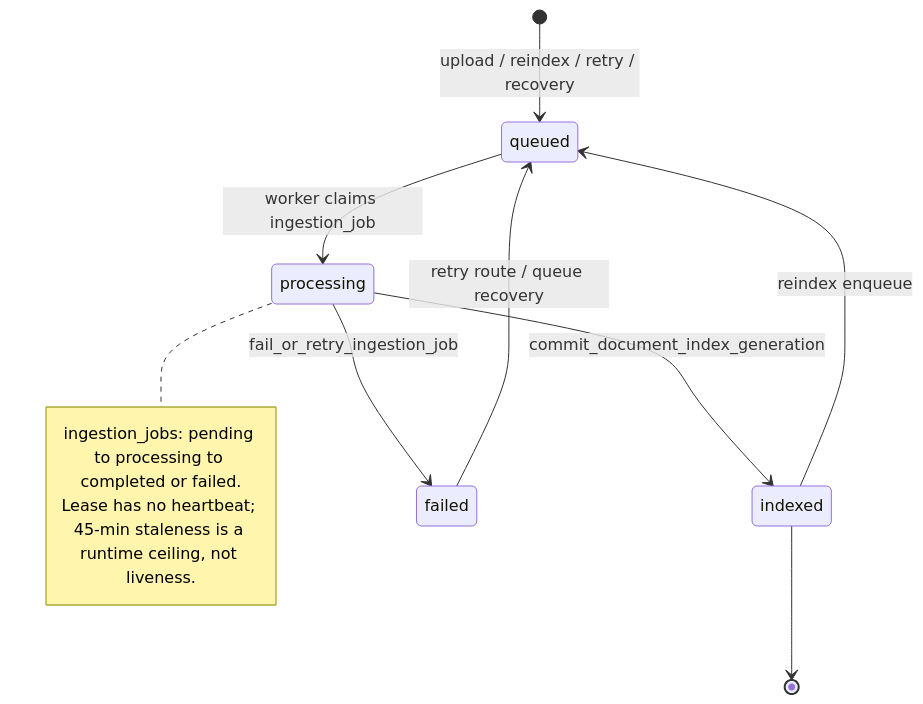
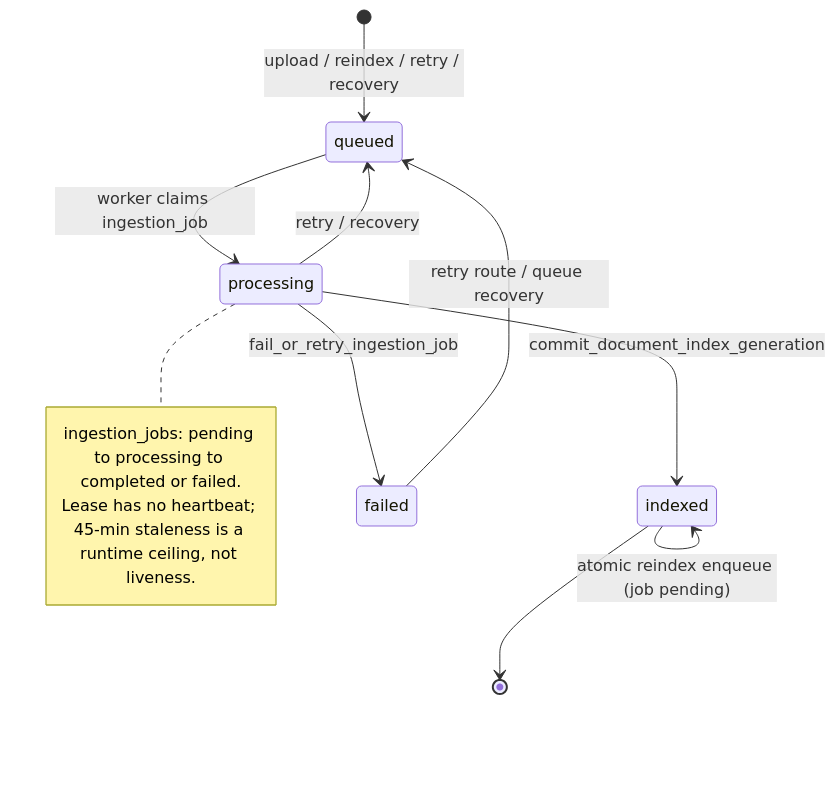
The diagram in docs/ingestion-state-machine.md (BigSimmo/Database), drawn with Mermaid before and after one commit.

Commit message:
Update docs/ingestion-state-machine.md
ok

````diff
--- a/docs/ingestion-state-machine.md
+++ b/docs/ingestion-state-machine.md
@@ -29,15 +29,16 @@
 ```mermaid
 stateDiagram-v2
     [*] --> queued: upload / reindex / retry / recovery
     queued --> processing: worker claims ingestion_job
     processing --> indexed: commit_document_index_generation
     processing --> failed: fail_or_retry_ingestion_job
+    processing --> queued: retry / recovery
     failed --> queued: retry route / queue recovery
-    indexed --> queued: reindex enqueue
+    indexed --> indexed: atomic reindex enqueue (job pending)
     indexed --> [*]
 
     note right of processing
         ingestion_jobs: pending to processing to completed or failed.
         Lease has no heartbeat; 45-min staleness is a runtime ceiling, not liveness.
     end note
 ```
````
